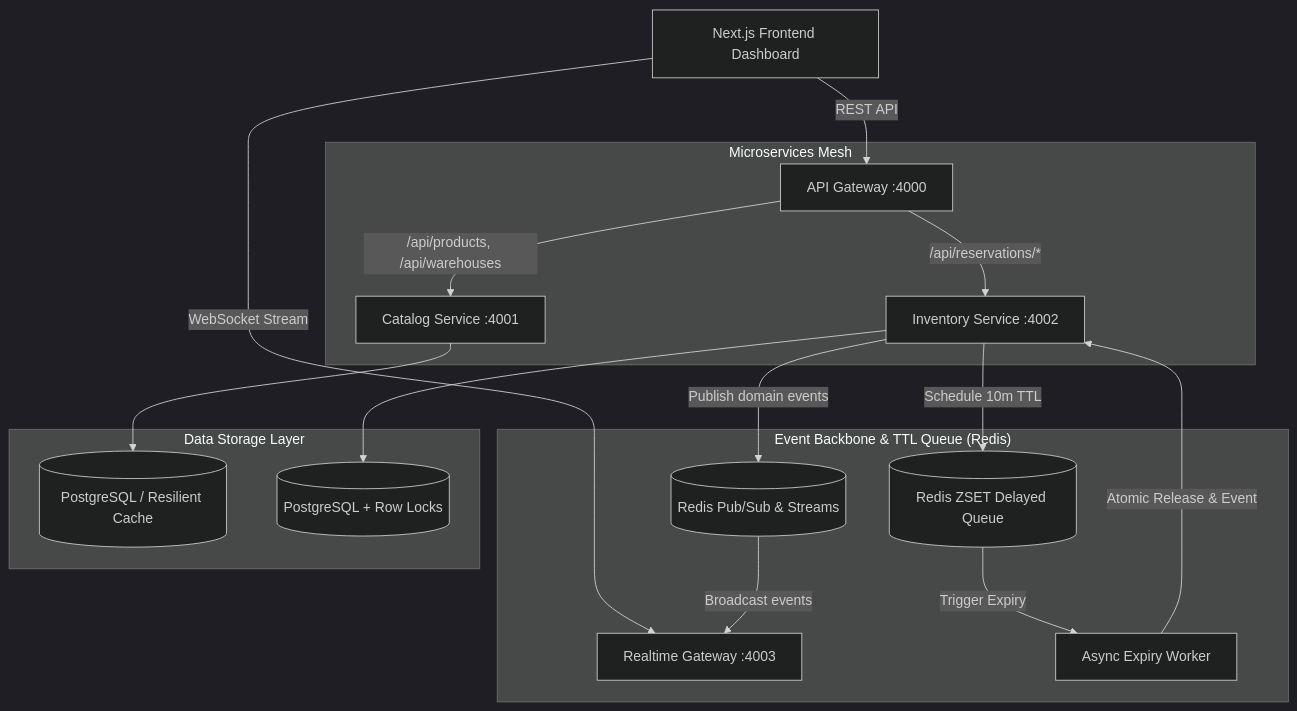
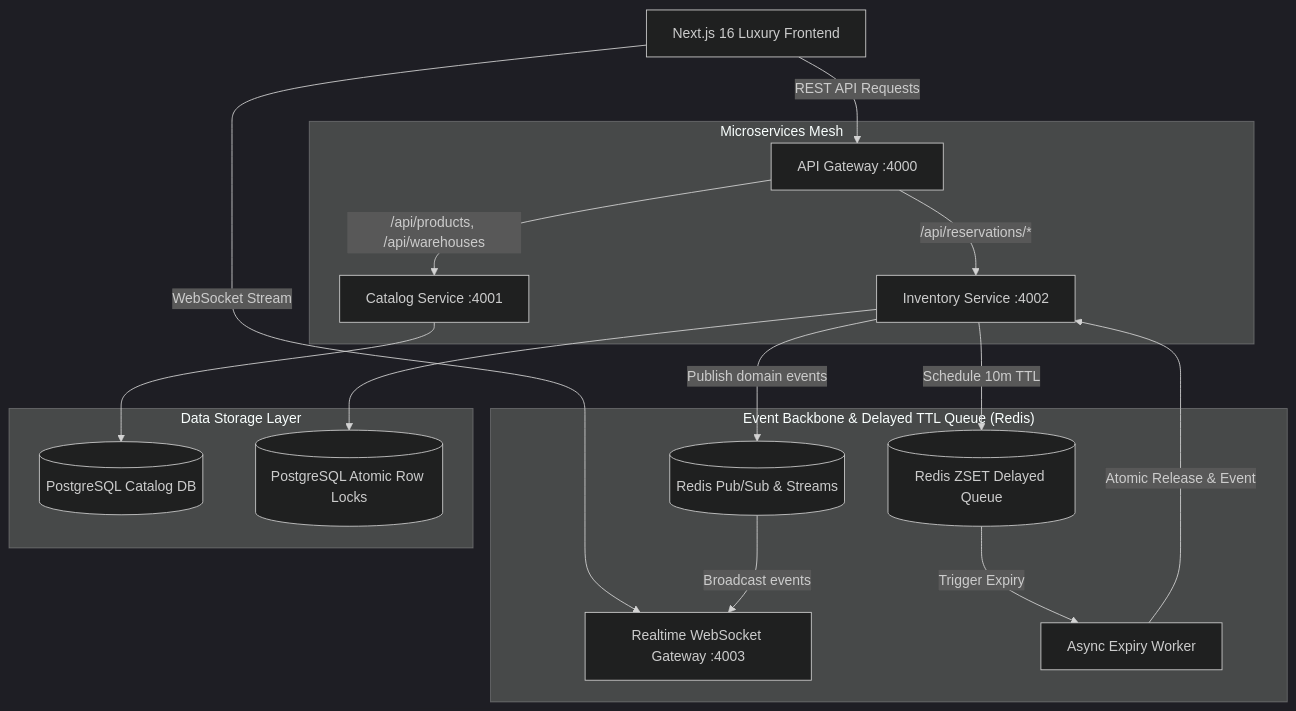
Before and after one commit to Yogx09/stockpulse: the diagram in README.md, drawn with Mermaid (dark theme). The commit also changed other lines of this file and 5 other files, not shown here.

Commit message:
Add rich visual README with embedded screenshots, architecture diagrams, and technical documentation

````diff
--- a/README.md
+++ b/README.md
@@ -9,23 +47,23 @@
 ```mermaid
 graph TD
-    Client[Next.js Frontend Dashboard] -->|REST API| Gateway[API Gateway :4000]
-    Client -->|WebSocket Stream| RealtimeSvc[Realtime Gateway :4003]
+    Client[Next.js 16 Luxury Frontend] -->|REST API Requests| Gateway[API Gateway :4000]
+    Client -->|WebSocket Stream| RealtimeSvc[Realtime WebSocket Gateway :4003]
 
     subgraph "Microservices Mesh"
         Gateway -->|/api/products, /api/warehouses| CatalogSvc[Catalog Service :4001]
         Gateway -->|/api/reservations/*| InventorySvc[Inventory Service :4002]
     end
 
-    subgraph "Event Backbone & TTL Queue (Redis)"
+    subgraph "Event Backbone & Delayed TTL Queue (Redis)"
         InventorySvc -->|Publish domain events| RedisBus[(Redis Pub/Sub & Streams)]
         InventorySvc -->|Schedule 10m TTL| RedisZSet[(Redis ZSET Delayed Queue)]
         RedisZSet -->|Trigger Expiry| ExpiryWorker[Async Expiry Worker]
         ExpiryWorker -->|Atomic Release & Event| InventorySvc
         RedisBus -->|Broadcast events| RealtimeSvc
     end
 
     subgraph "Data Storage Layer"
-        CatalogSvc --> PostgresCatalog[(PostgreSQL / Resilient Cache)]
-        InventorySvc --> PostgresInventory[(PostgreSQL + Row Locks)]
+        CatalogSvc --> PostgresCatalog[(PostgreSQL Catalog DB)]
+        InventorySvc --> PostgresInventory[(PostgreSQL Atomic Row Locks)]
     end
 ```
````
